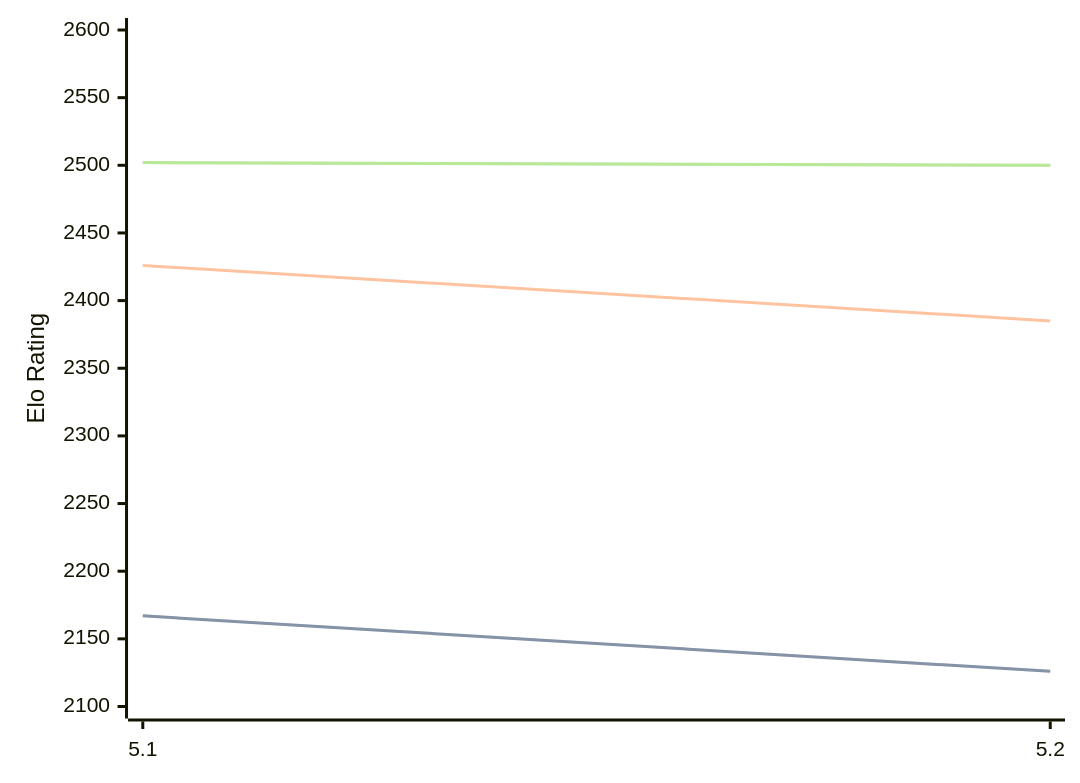
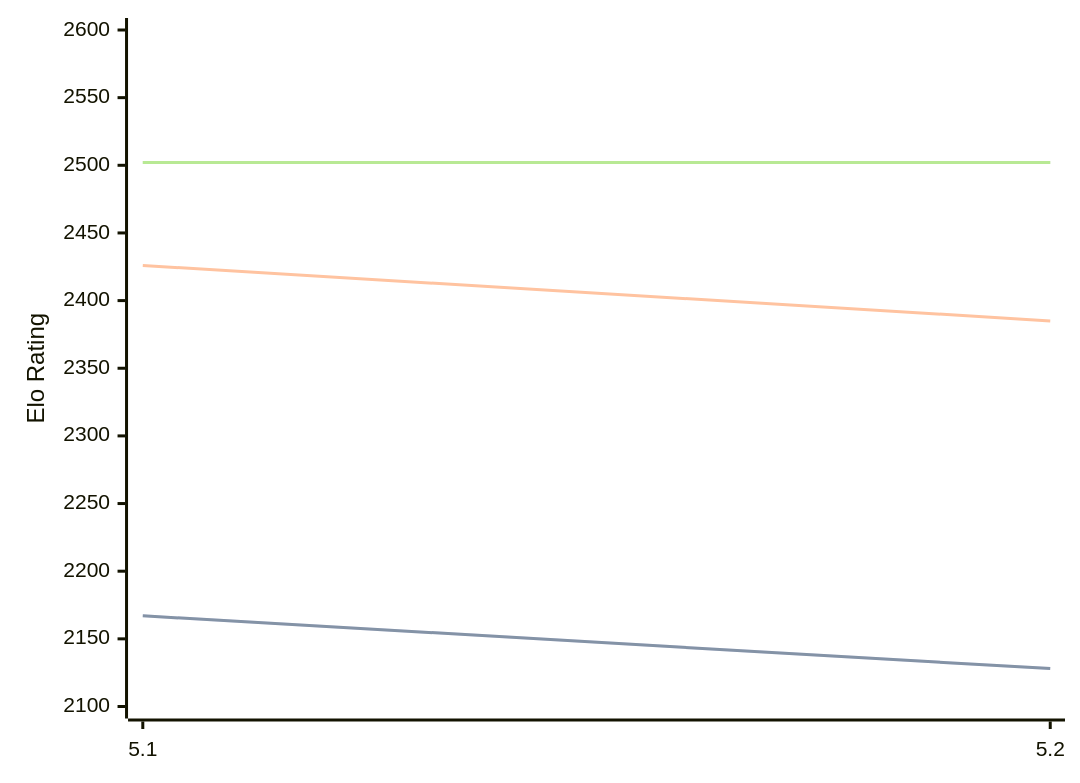
The diagram in engines/Prophet.md (computer-chess-index/cci), drawn with Mermaid before and after one commit. The commit also changed other lines of this file, not shown here.

Commit message:
Update CCI Ratings (ELO VLTC) - 2026-09-15

````diff
--- a/engines/Prophet.md
+++ b/engines/Prophet.md
@@ -32,11 +32,11 @@
 ```mermaid
 %%{init: {"theme":"base","themeVariables":{"seriesColors:['#a3a3a3','#222221','#faa371']}}}%%
 xychart-beta
   x-axis ["5.1", "5.2"]
   y-axis "Elo Rating" 2100 --> 2600
-  line "" [2167, 2126]
-  line "STC (8.0+0.08s)" [2167, 2126]
+  line "" [2167, 2128]
+  line "STC (8.0+0.08s)" [2167, 2128]
   line "LTC (60.0+0.60s)" [2426, 2385]
-  line "" [2502, 2500]
-  line "VLTC (2m24s+1.12s)" [2502, 2500]
+  line "" [2502, 2502]
+  line "VLTC (2m24s+1.12s)" [2502, 2502]
 ```
````
